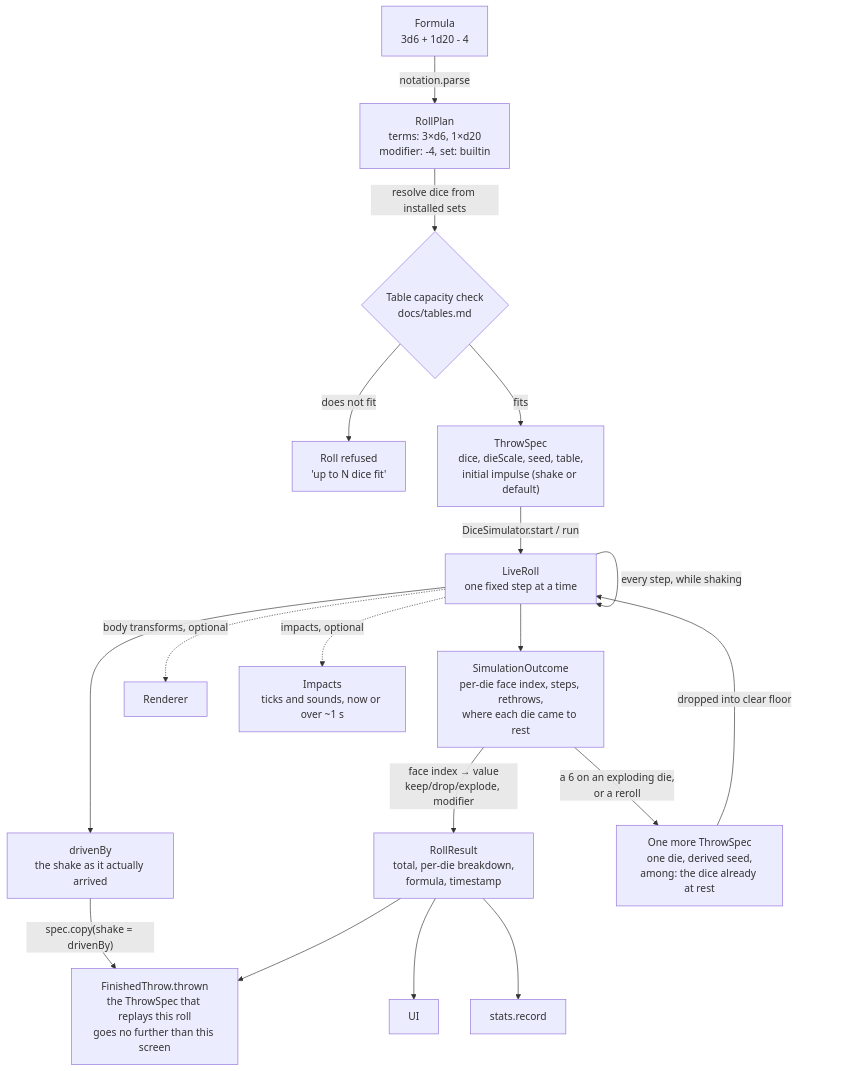
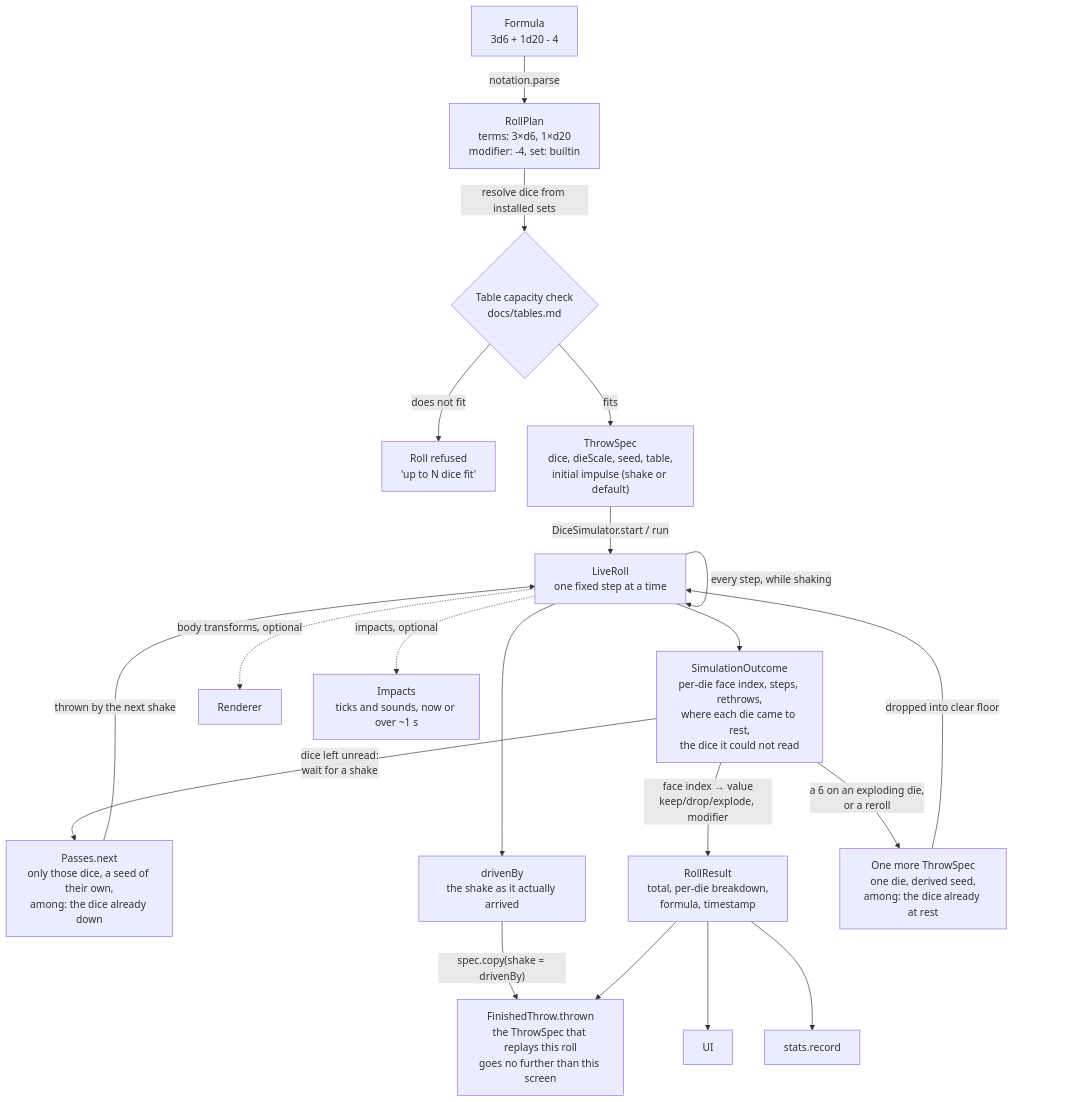
The eighth of 8 diagrams in docs/architecture.md (drehtuer/dInfinityApp), drawn with Mermaid before and after one commit. The commit also changed other lines of this file and 42 other files, not shown here.

````diff
--- a/docs/architecture.md
+++ b/docs/architecture.md
@@ -1759,20 +1777,22 @@
 ```mermaid
 flowchart TD
     F["Formula<br/>3d6 + 1d20 - 4"] -->|notation.parse| P["RollPlan<br/>terms: 3×d6, 1×d20<br/>modifier: -4, set: builtin"]
     P -->|resolve dice from installed sets| C{Table capacity check<br/>docs/tables.md}
     C -->|does not fit| R["Roll refused<br/>'up to N dice fit'"]
     C -->|fits| T["ThrowSpec<br/>dice, dieScale, seed, table,<br/>initial impulse (shake or default)"]
     T -->|"DiceSimulator.start / run"| L["LiveRoll<br/>one fixed step at a time"]
     L -->|"every step, while shaking"| L
-    L --> S["SimulationOutcome<br/>per-die face index, steps, rethrows,<br/>where each die came to rest"]
+    L --> S["SimulationOutcome<br/>per-die face index, steps, rethrows,<br/>where each die came to rest,<br/>the dice it could not read"]
+    S -->|"dice left unread:<br/>wait for a shake"| U["Passes.next<br/>only those dice, a seed of their own,<br/>among: the dice already down"]
+    U -->|"thrown by the next shake"| L
     L --> D["drivenBy<br/>the shake as it actually arrived"]
     L -.->|body transforms, optional| V[Renderer]
     L -.->|"impacts, optional"| I["Impacts<br/>ticks and sounds, now or over ~1 s"]
     S -->|face index → value<br/>keep/drop/explode, modifier| O["RollResult<br/>total, per-die breakdown,<br/>formula, timestamp"]
     S -->|"a 6 on an exploding die,<br/>or a reroll"| X["One more ThrowSpec<br/>one die, derived seed,<br/>among: the dice already at rest"]
     X -->|"dropped into clear floor"| L
     D -->|"spec.copy(shake = drivenBy)"| FT["FinishedThrow.thrown<br/>the ThrowSpec that replays this roll<br/>goes no further than this screen"]
     O --> FT
     O --> UI[UI]
     O --> ST[stats.record]
 ```
````
